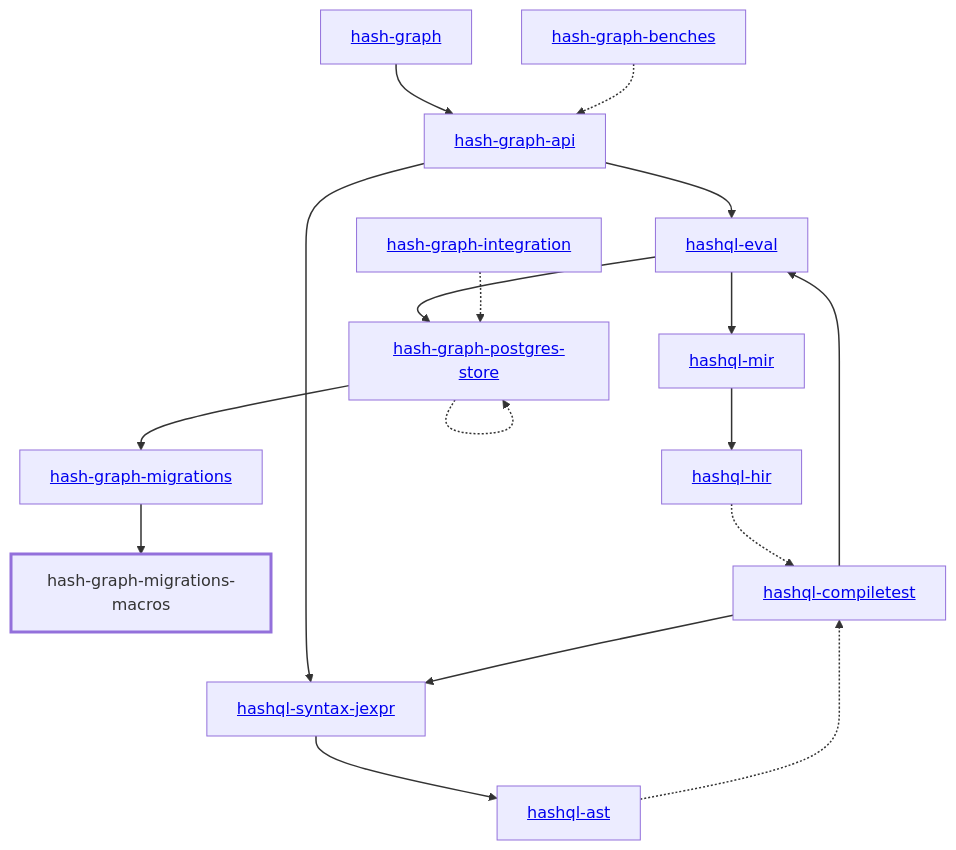
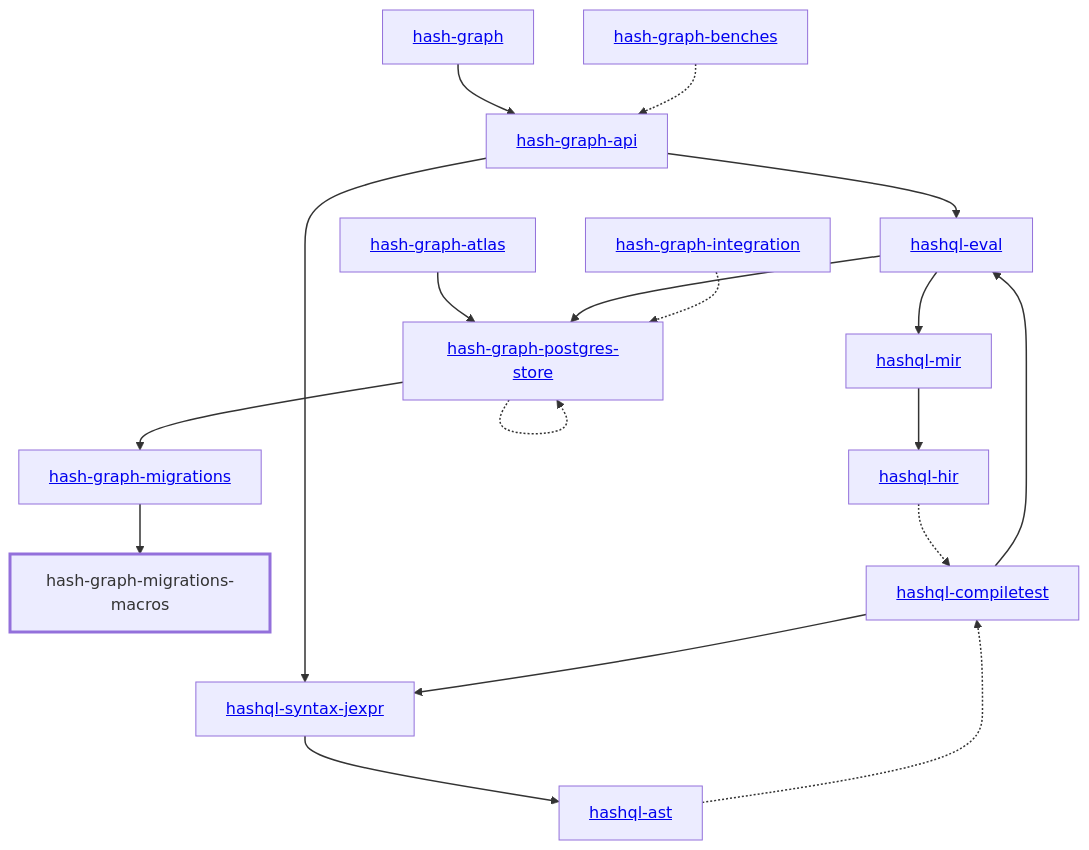
One commit to hashintel/hash changed the diagram in libs/@local/graph/migrations-macros/docs/dependency-diagram.mmd. Above: the diagram before and after it, drawn with Mermaid. The commit also changed 640 other files, not shown here.

Commit message:
feat: the hash-graph-atlas crate

```diff
--- a/libs/@local/graph/migrations-macros/docs/dependency-diagram.mmd
+++ b/libs/@local/graph/migrations-macros/docs/dependency-diagram.mmd
@@ -1,40 +1,42 @@
 graph TD
     linkStyle default stroke-width:1.5px
     classDef default stroke-width:1px
     classDef root stroke-width:3px
     classDef dev stroke-width:1px
     classDef build stroke-width:1px
     %% Legend
     %% --> : Normal dependency
     %% -.-> : Dev dependency
     %% ---> : Build dependency
     0[<a href="../hash_graph/index.html">hash-graph</a>]
     1[<a href="../hash_graph_api/index.html">hash-graph-api</a>]
-    2[<a href="../hash_graph_migrations/index.html">hash-graph-migrations</a>]
-    3[hash-graph-migrations-macros]
-    class 3 root
-    4[<a href="../hash_graph_postgres_store/index.html">hash-graph-postgres-store</a>]
-    5[<a href="../hashql_ast/index.html">hashql-ast</a>]
-    6[<a href="../hashql_compiletest/index.html">hashql-compiletest</a>]
-    7[<a href="../hashql_eval/index.html">hashql-eval</a>]
-    8[<a href="../hashql_hir/index.html">hashql-hir</a>]
-    9[<a href="../hashql_mir/index.html">hashql-mir</a>]
-    10[<a href="../hashql_syntax_jexpr/index.html">hashql-syntax-jexpr</a>]
-    11[<a href="../hash_graph_benches/index.html">hash-graph-benches</a>]
-    12[<a href="../hash_graph_integration/index.html">hash-graph-integration</a>]
+    2[<a href="../hash_graph_atlas/index.html">hash-graph-atlas</a>]
+    3[<a href="../hash_graph_migrations/index.html">hash-graph-migrations</a>]
+    4[hash-graph-migrations-macros]
+    class 4 root
+    5[<a href="../hash_graph_postgres_store/index.html">hash-graph-postgres-store</a>]
+    6[<a href="../hashql_ast/index.html">hashql-ast</a>]
+    7[<a href="../hashql_compiletest/index.html">hashql-compiletest</a>]
+    8[<a href="../hashql_eval/index.html">hashql-eval</a>]
+    9[<a href="../hashql_hir/index.html">hashql-hir</a>]
+    10[<a href="../hashql_mir/index.html">hashql-mir</a>]
+    11[<a href="../hashql_syntax_jexpr/index.html">hashql-syntax-jexpr</a>]
+    12[<a href="../hash_graph_benches/index.html">hash-graph-benches</a>]
+    13[<a href="../hash_graph_integration/index.html">hash-graph-integration</a>]
     0 --> 1
-    1 --> 7
-    1 --> 10
-    2 --> 3
-    4 --> 2
-    4 -.-> 4
-    5 -.-> 6
-    6 --> 7
-    6 --> 10
-    7 --> 4
-    7 --> 9
-    8 -.-> 6
-    9 --> 8
-    10 --> 5
-    11 -.-> 1
-    12 -.-> 4
+    1 --> 8
+    1 --> 11
+    2 --> 5
+    3 --> 4
+    5 --> 3
+    5 -.-> 5
+    6 -.-> 7
+    7 --> 8
+    7 --> 11
+    8 --> 5
+    8 --> 10
+    9 -.-> 7
+    10 --> 9
+    11 --> 6
+    12 -.-> 1
+    13 -.-> 5
```
